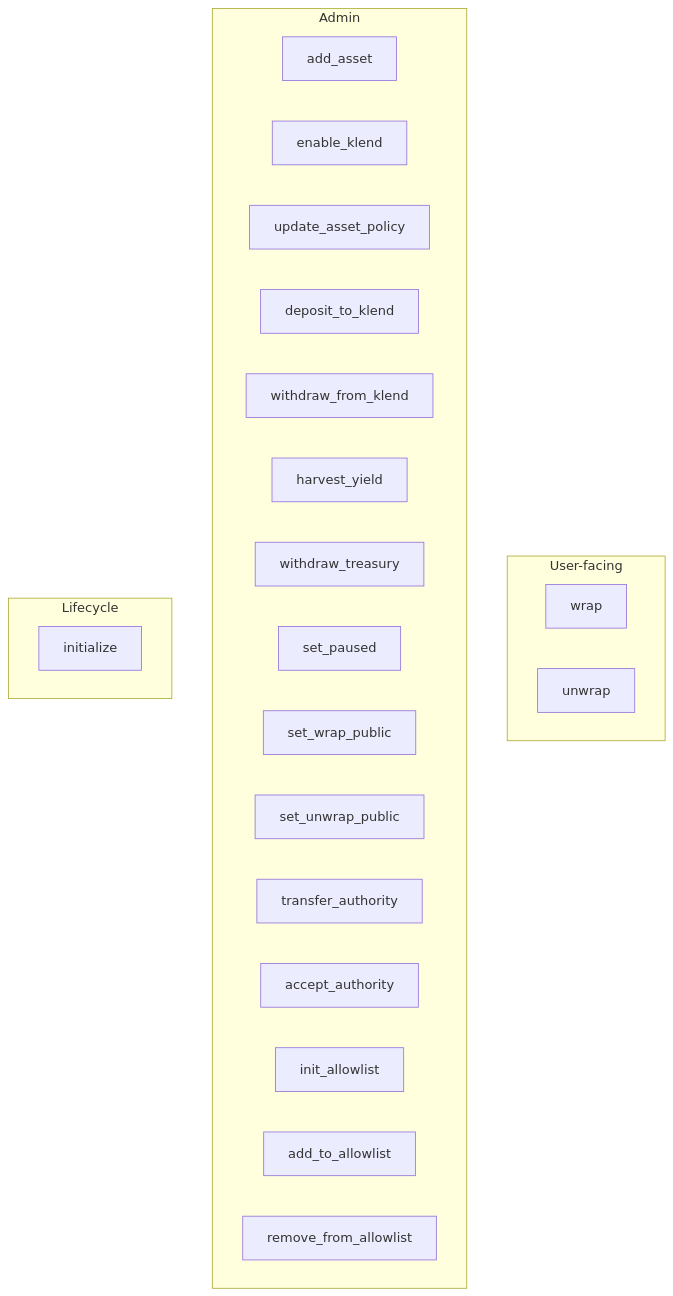
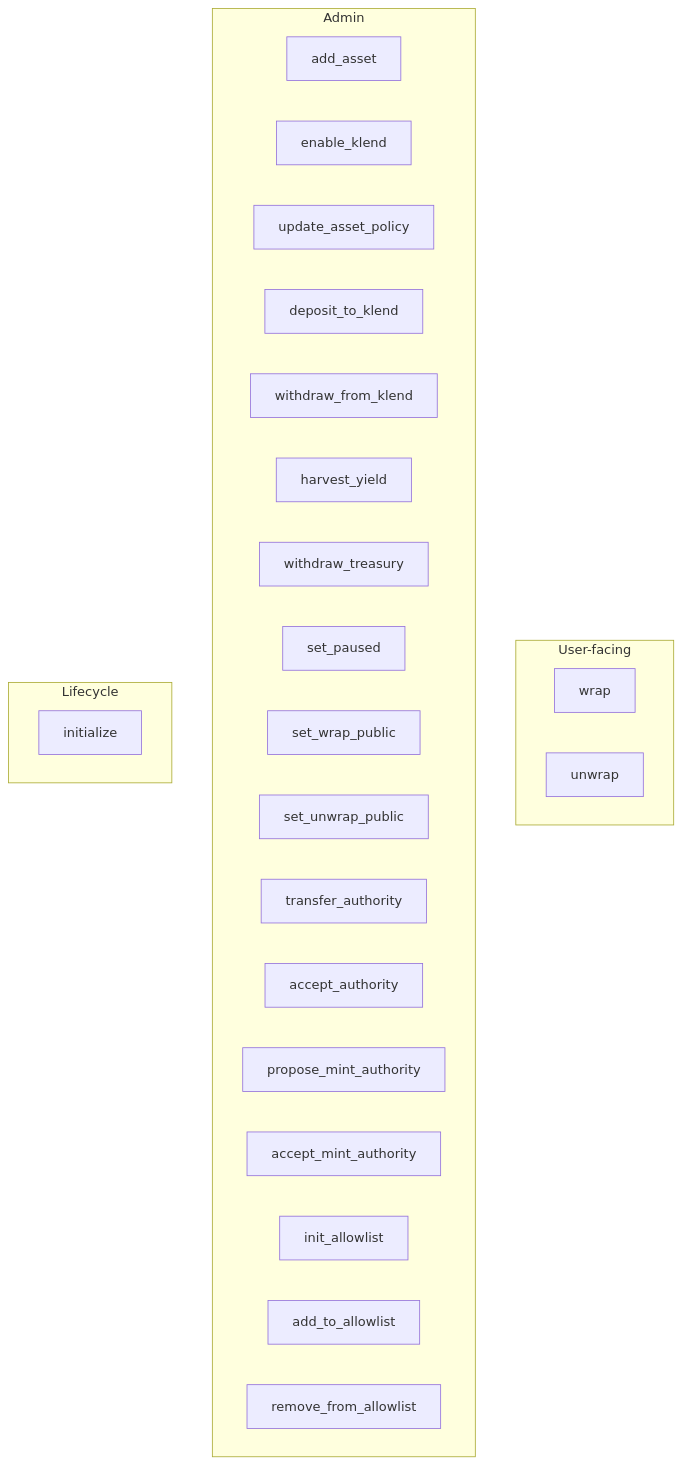
One commit to eregion-labs/wrap-stablecoin changed the diagram in wrap-stablecoin/programs/wrap-stablecoin/README.md. Above: the diagram before and after it, drawn with Mermaid. The commit also changed other lines of this file and 21 other files, not shown here.

First line of the commit message:
Add extractable SPL mint authority for wrapped token migration.

````diff
--- a/wrap-stablecoin/programs/wrap-stablecoin/README.md
+++ b/wrap-stablecoin/programs/wrap-stablecoin/README.md
@@ -11,27 +11,29 @@
 ```mermaid
 flowchart TB
     subgraph user_facing [User-facing]
         wrap
         unwrap
     end
     subgraph admin_ops [Admin]
         add_asset
         enable_klend
         update_asset_policy
         deposit_to_klend
         withdraw_from_klend
         harvest_yield
         withdraw_treasury
         set_paused
         set_wrap_public
         set_unwrap_public
         transfer_authority
         accept_authority
+        propose_mint_authority
+        accept_mint_authority
         init_allowlist
         add_to_allowlist
         remove_from_allowlist
     end
     subgraph lifecycle [Lifecycle]
         initialize
     end
 ```
````
